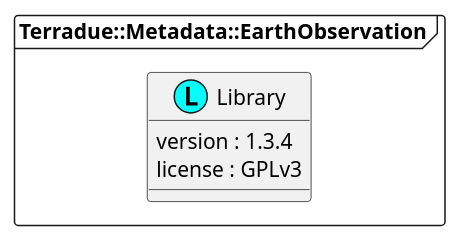
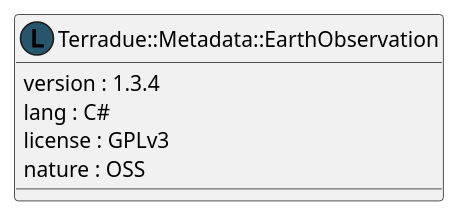
The diagram in source/namespaces/namespace_terradue_1_1_metadata_1_1_earth_observation.iuml (urban-tep/DDF-SDD), drawn with PlantUML before and after one commit. The commit also changed 133 other files, not shown here.

```diff
--- a/source/namespaces/namespace_terradue_1_1_metadata_1_1_earth_observation.iuml
+++ b/source/namespaces/namespace_terradue_1_1_metadata_1_1_earth_observation.iuml
@@ -1,8 +1,8 @@
 @startuml
-package "Terradue::Metadata::EarthObservation" <<Frame>> {
-  class "Library" as namespace_terradue_1_1_metadata_1_1_earth_observation << (L, cyan) >> [[../technology/packages/namespace_terradue_1_1_metadata_1_1_earth_observation.html]] {
+  class "Terradue::Metadata::EarthObservation" as namespace_terradue_1_1_metadata_1_1_earth_observation << (L, #27556C) >> [[../namespaces/namespace_terradue_1_1_metadata_1_1_earth_observation.html]] {
      version : 1.3.4 
+     lang : C#
      license : GPLv3
+     nature : OSS
   }
-}
 @enduml
```
